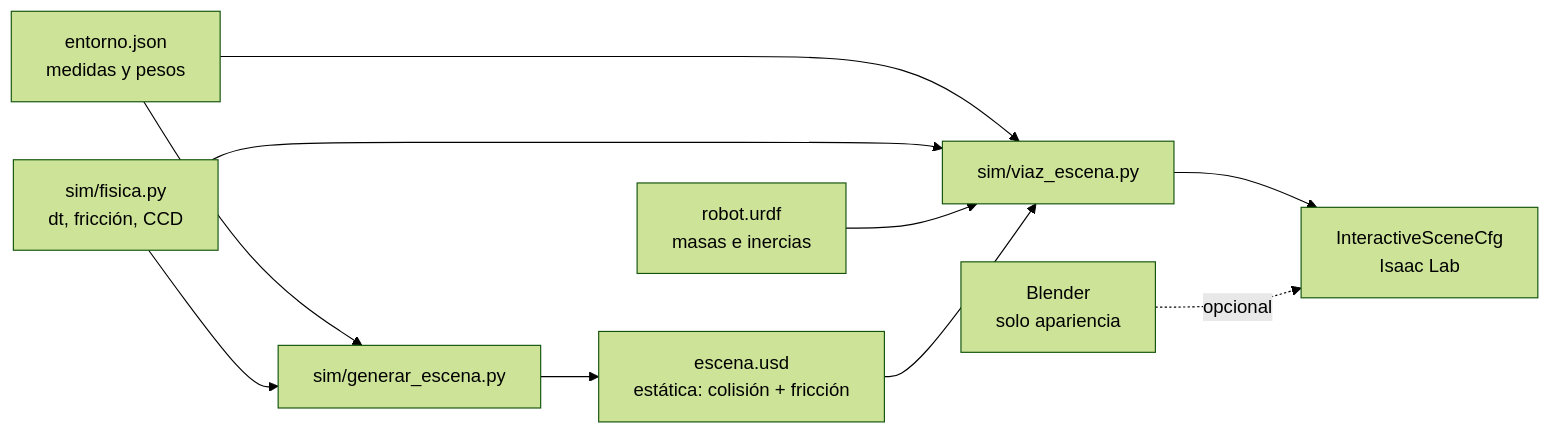
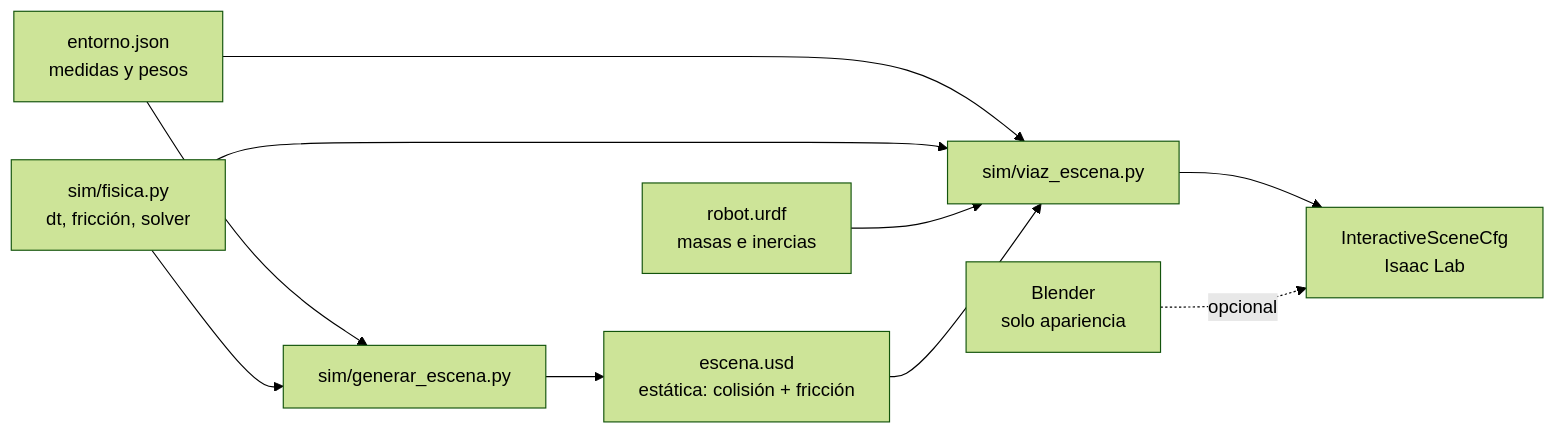
The diagram in docs/escena-isaac.md (platanus-hack/platanus-hack-26-cl-team-4), drawn with Mermaid (forest theme) before and after one commit. The commit also changed other lines of this file, not shown here.

````diff
--- a/docs/escena-isaac.md
+++ b/docs/escena-isaac.md
@@ -5,11 +5,11 @@
 ```mermaid
 flowchart LR
   EJ[entorno.json<br/>medidas y pesos] --> GE[sim/generar_escena.py]
   GE --> USD[escena.usd<br/>estática: colisión + fricción]
   EJ --> VE[sim/viaz_escena.py]
-  F[sim/fisica.py<br/>dt, fricción, CCD] --> GE & VE
+  F[sim/fisica.py<br/>dt, fricción, solver] --> GE & VE
   U[robot.urdf<br/>masas e inercias] --> VE
   USD --> VE
   VE --> IL[InteractiveSceneCfg<br/>Isaac Lab]
   BL[Blender<br/>solo apariencia] -.->|opcional| IL
 ```
````
